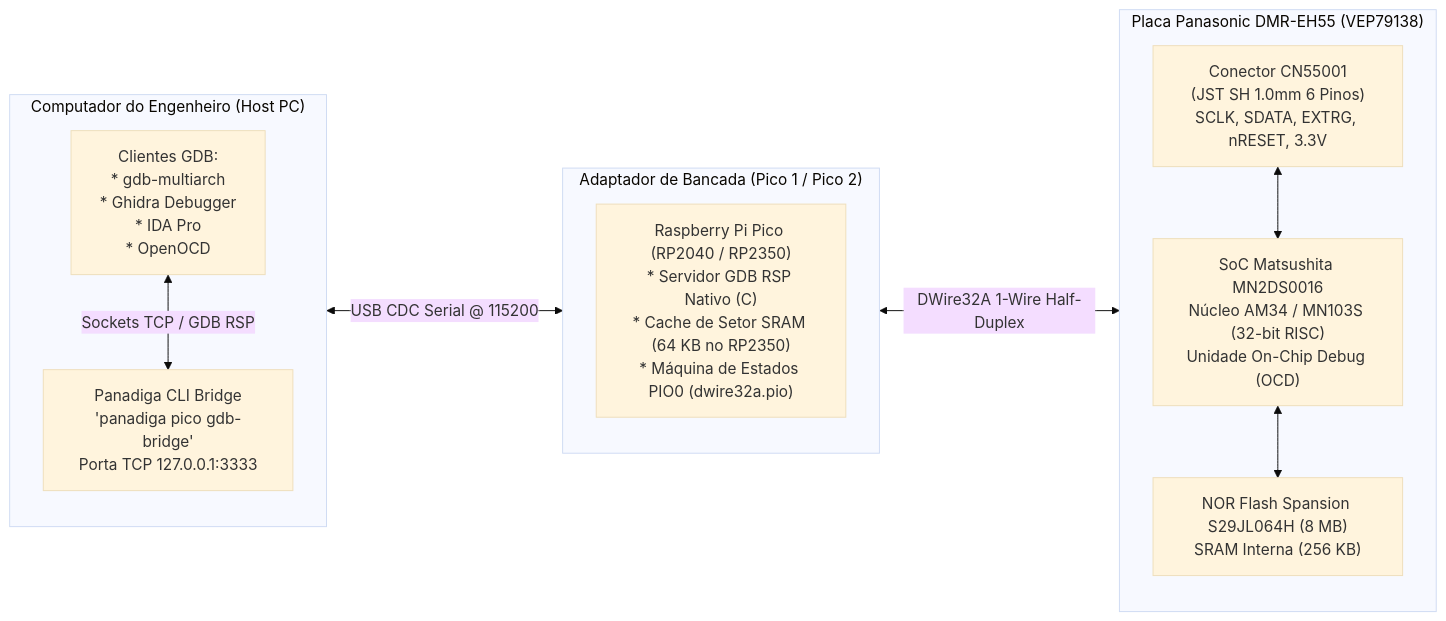
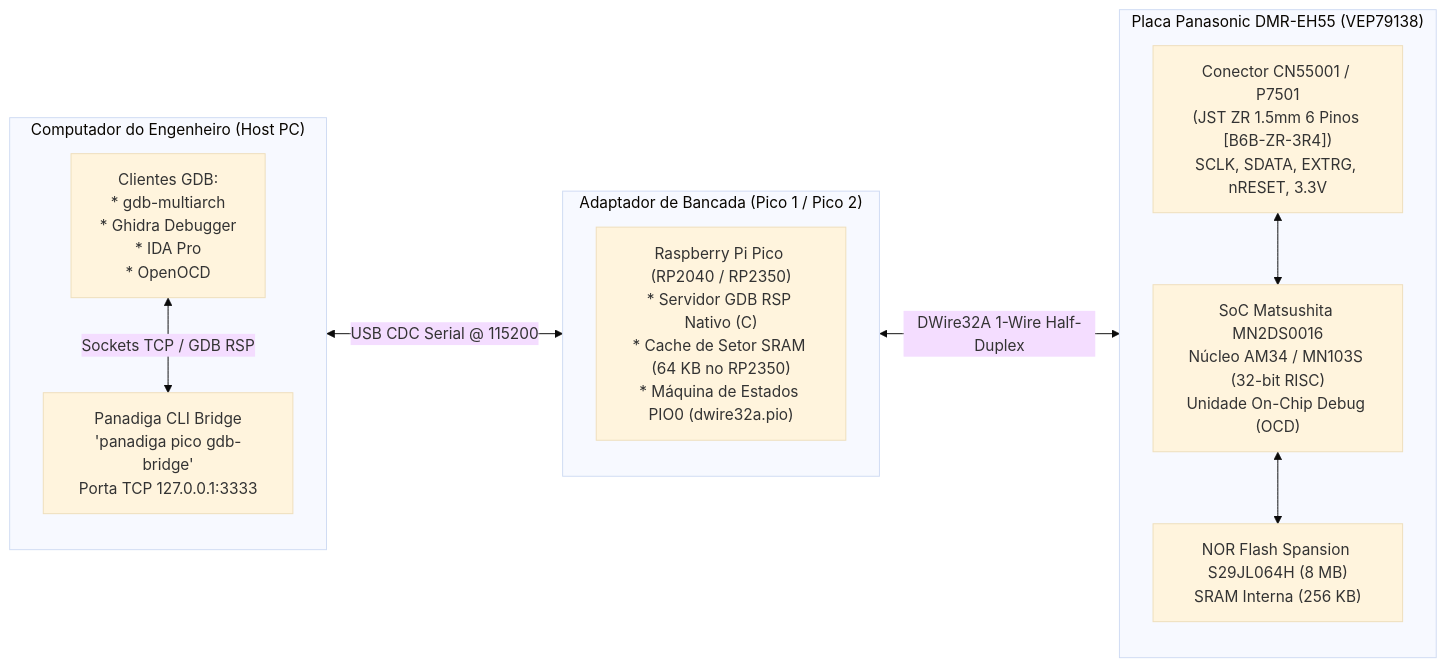
One commit to danielchrono/Panadiga changed the diagram in dwire32a_jtag_research/GUIA_DEPURACAO_GDB_GHIDRA_IDA.md. Above: the diagram before and after it, drawn with Mermaid (base theme). The commit also changed other lines of this file and 22 other files, not shown here.

````diff
--- a/dwire32a_jtag_research/GUIA_DEPURACAO_GDB_GHIDRA_IDA.md
+++ b/dwire32a_jtag_research/GUIA_DEPURACAO_GDB_GHIDRA_IDA.md
@@ -53,26 +53,26 @@
 ```mermaid
 flowchart LR
     subgraph PC["Computador do Engenheiro (Host PC)"]
         direction TB
         CLIENT["Clientes GDB:<br/>* gdb-multiarch<br/>* Ghidra Debugger<br/>* IDA Pro<br/>* OpenOCD"]
         BRIDGE["Panadiga CLI Bridge<br/>'panadiga pico gdb-bridge'<br/>Porta TCP 127.0.0.1:3333"]
         CLIENT <-->|Sockets TCP / GDB RSP| BRIDGE
     end
 
     subgraph HardwareHost["Adaptador de Bancada (Pico 1 / Pico 2)"]
         direction TB
         PICO["Raspberry Pi Pico (RP2040 / RP2350)<br/>* Servidor GDB RSP Nativo (C)<br/>* Cache de Setor SRAM (64 KB no RP2350)<br/>* Máquina de Estados PIO0 (dwire32a.pio)"]
         BRIDGE <-->|USB CDC Serial @ 115200| PICO
     end
 
     subgraph Target["Placa Panasonic DMR-EH55 (VEP79138)"]
         direction TB
-        CN["Conector CN55001<br/>(JST SH 1.0mm 6 Pinos)<br/>SCLK, SDATA, EXTRG, nRESET, 3.3V"]
+        CN["Conector CN55001 / P7501<br/>(JST ZR 1.5mm 6 Pinos [B6B-ZR-3R4])<br/>SCLK, SDATA, EXTRG, nRESET, 3.3V"]
         AM34["SoC Matsushita MN2DS0016<br/>Núcleo AM34 / MN103S (32-bit RISC)<br/>Unidade On-Chip Debug (OCD)"]
         SPAN["NOR Flash Spansion S29JL064H (8 MB)<br/>SRAM Interna (256 KB)"]
         
         PICO <-->|DWire32A 1-Wire Half-Duplex| CN
         CN <--> AM34
         AM34 <--> SPAN
     end
 ```
````
